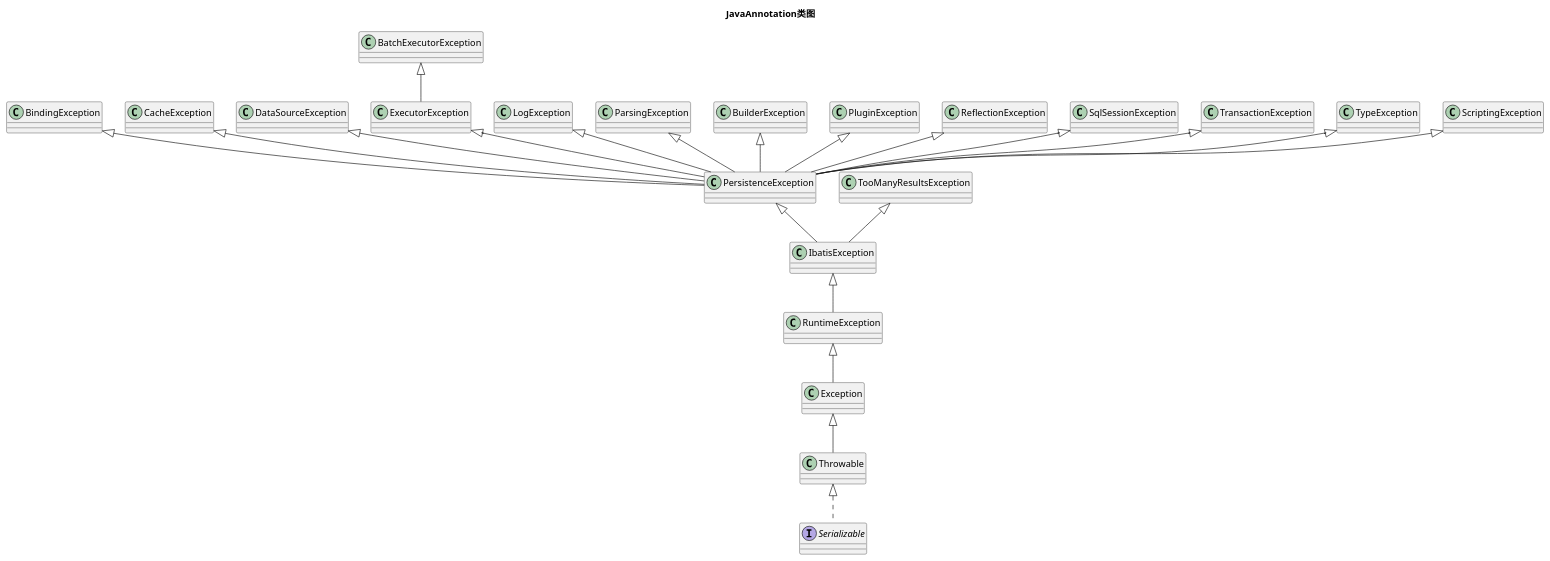
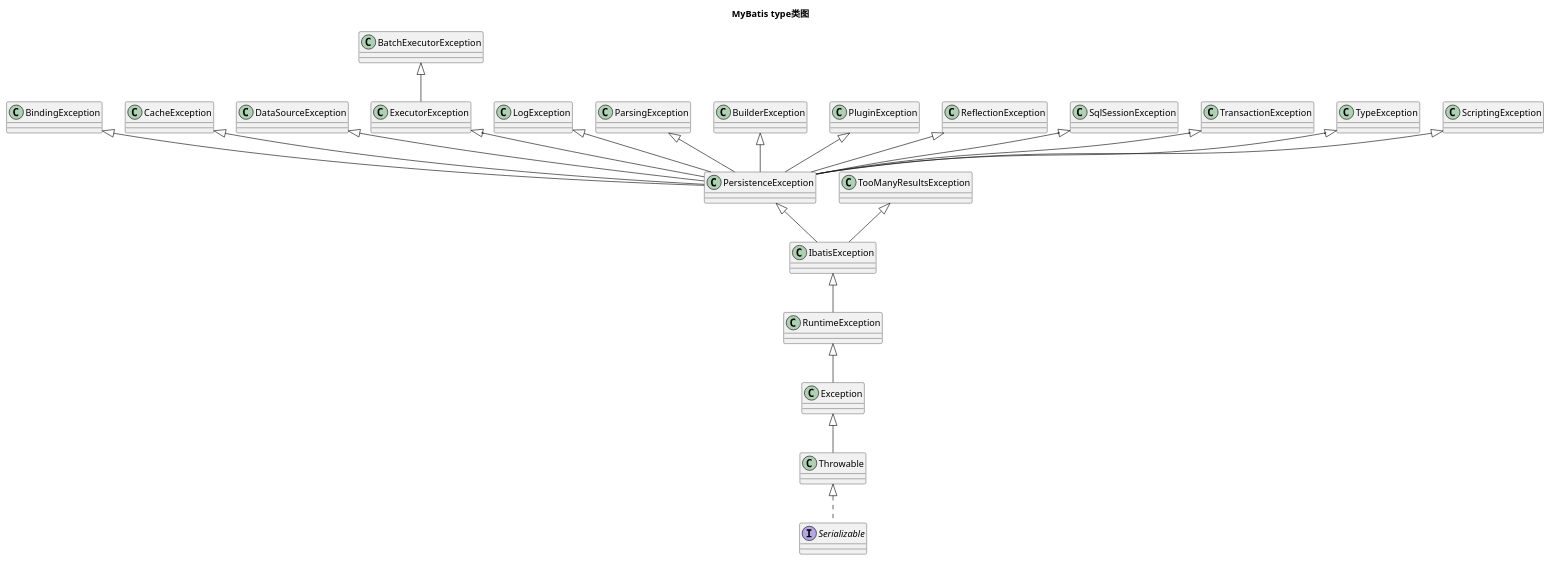
The second of 2 diagrams in uml/uml.md (erzhiqianyi/MyBatis), drawn with PlantUML before and after one commit. The commit also changed other lines of this file and 11 other files, not shown here.

````diff
--- a/uml/uml.md
+++ b/uml/uml.md
@@ -51,47 +52,47 @@
 ```puml
 @startuml
-Title "JavaAnnotation类图"
+Title "MyBatis type类图"
 interface Serializable
 class Throwable 
 class Exception 
 class RuntimeException 
 class IbatisException 
 class PersistenceException 
 class TooManyResultsException
 class BindingException  
 class CacheException 
 class DataSourceException 
 class ExecutorException 
 class BatchExecutorException 
 class LogException 
 class ParsingException 
 class BuilderException 
 class PluginException 
 class ReflectionException 
 class SqlSessionException 
 class TransactionException 
 class TypeException 
 class ScriptingException 
 Throwable <|.. Serializable
 Exception <|-- Throwable   
 RuntimeException <|--  Exception 
 IbatisException <|--   RuntimeException 
 PersistenceException <|--   IbatisException 
 TooManyResultsException <|--   IbatisException 
 BindingException  <|--    PersistenceException 
 CacheException  <|--    PersistenceException 
 DataSourceException  <|--    PersistenceException 
 ExecutorException  <|--    PersistenceException 
 BatchExecutorException  <|--    ExecutorException  
 LogException  <|--    PersistenceException 
 ParsingException  <|--    PersistenceException 
 BuilderException  <|--    PersistenceException 
 PluginException  <|--    PersistenceException 
 ReflectionException  <|--    PersistenceException 
 SqlSessionException  <|--    PersistenceException 
 TransactionException  <|--    PersistenceException 
 TypeException  <|--    PersistenceException 
 ScriptingException  <|--    PersistenceException 
  
 @enduml
 ```
````
